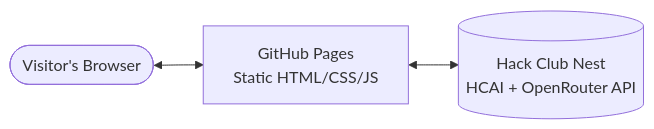
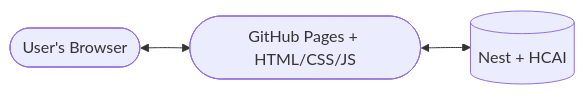
One commit to oleksandr1dovbenko/BobAI changed the diagram in README.md. Above: the diagram before and after it, drawn with Mermaid. The commit also changed other lines of this file, not shown here.

````diff
--- a/README.md
+++ b/README.md
@@ -41,5 +48,5 @@
 ```mermaid
-flowchart LR
-    A([Visitor's Browser]) <--> B[GitHub Pages<br>Static HTML/CSS/JS]
-    B <--> C[(Hack Club Nest<br>HCAI + OpenRouter API)]
+graph LR;
+    A([User's Browser]) <--> B([GitHub Pages + HTML/CSS/JS]);
+    B([GitHub Pages + HTML/CSS/JS]) <--> C[(Nest + HCAI)];
 ```
````
